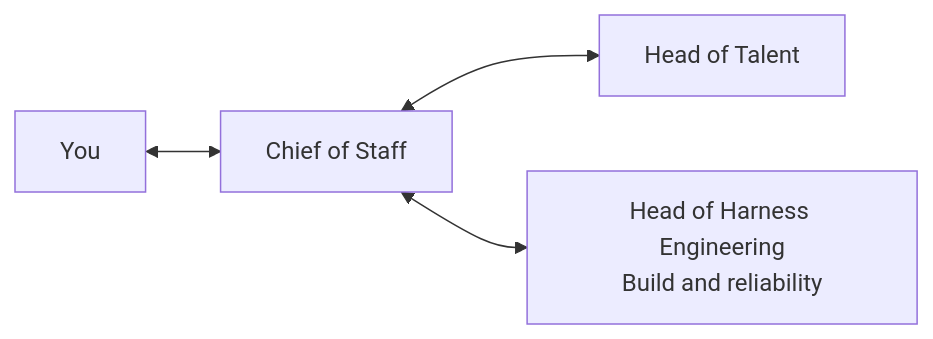
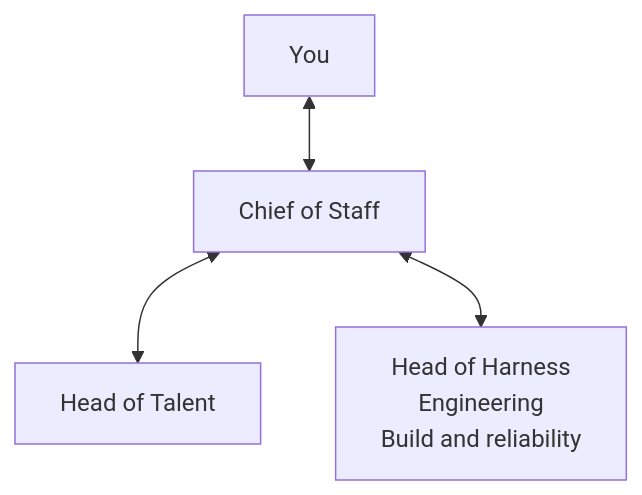
One commit to benohanlon/ooda-harness changed the diagram in README.md. Above: the diagram before and after it, drawn with Mermaid. The commit also changed other lines of this file, not shown here.

Commit message:
Improve README team diagram and align project metadata

````diff
--- a/README.md
+++ b/README.md
@@ -105,6 +105,6 @@
 ```mermaid
-flowchart LR
+flowchart TD
     human["You"] <--> chief["Chief of Staff"]
     chief <--> talent["Head of Talent"]
-    chief <--> engineering["Head of Harness Engineering<br>Build and reliability"]
+    chief <--> engineering["Head of Harness<br/>Engineering<br/>Build and reliability"]
 ```
````
